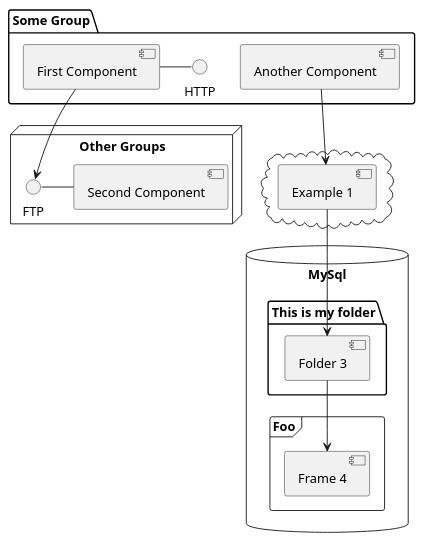
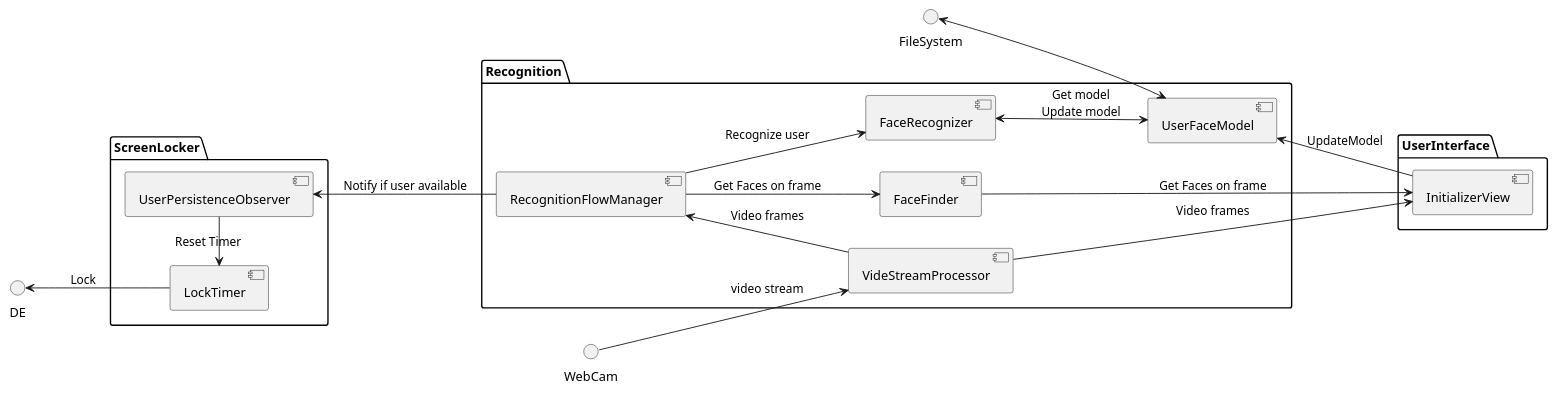
Before and after one commit to alexkutsan/FaceLocker: the diagram in doc/components.puml, drawn with PlantUML. The commit also changed 1 other file, not shown here.

Commit message:
Add components uml

```diff
--- a/doc/components.puml
+++ b/doc/components.puml
@@ -1,32 +1,41 @@
 @startuml
+left to right direction
+interface FileSystem
+interface DE
+interface WebCam
 
-package "Some Group" {
-  HTTP - [First Component]
-  [Another Component]
+package "Recognition" {
+  [VideStreamProcessor] 
+  [FaceFinder] 
+  [UserFaceModel]
+  [FaceRecognizer]
+  [RecognitionFlowManager]
 }
  
-node "Other Groups" {
-  FTP - [Second Component]
-  [First Component] --> FTP
-} 
-
-cloud {
-  [Example 1]
+package "ScreenLocker" {
+  [LockTimer]
+  [UserPersistenceObserver]
 }
 
-
-database "MySql" {
-  folder "This is my folder" {
-    [Folder 3]
-  }
-  frame "Foo" {
-    [Frame 4]
-  }
+package "UserInterface" {
+  [InitializerView]
 }
 
+DE <-- LockTimer : Lock
+LockTimer <- UserPersistenceObserver : Reset Timer
 
-[Another Component] --> [Example 1]
-[Example 1] --> [Folder 3]
-[Folder 3] --> [Frame 4]
+UserPersistenceObserver <-- RecognitionFlowManager : Notify if user available
 
+RecognitionFlowManager <-- VideStreamProcessor : Video frames
+RecognitionFlowManager --> FaceFinder : Get Faces on frame
+RecognitionFlowManager --> FaceRecognizer : Recognize user
+
+FaceRecognizer <--> UserFaceModel : Get model\nUpdate model
+FileSystem <--> UserFaceModel 
+
+WebCam --> VideStreamProcessor : video stream
+
+VideStreamProcessor --> InitializerView   : Video frames
+FaceFinder --> InitializerView  : Get Faces on frame
+UserFaceModel <-- InitializerView  : UpdateModel
 @enduml
```
